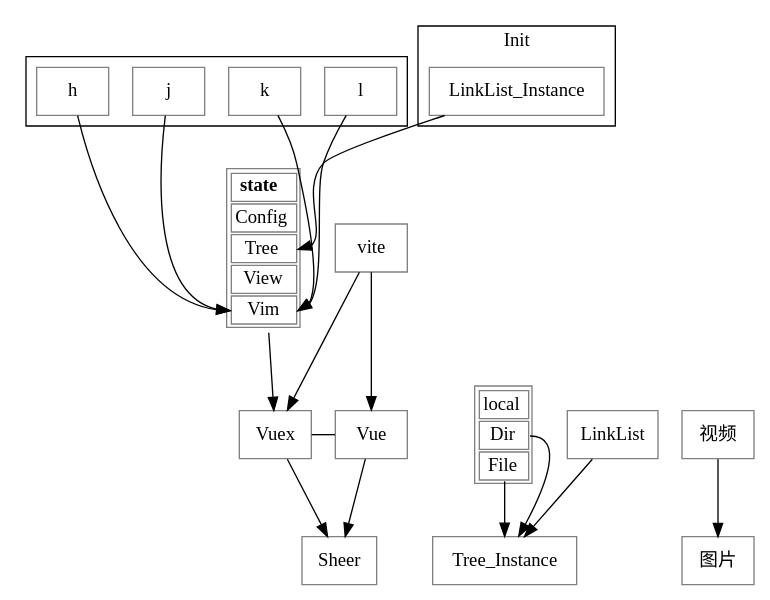
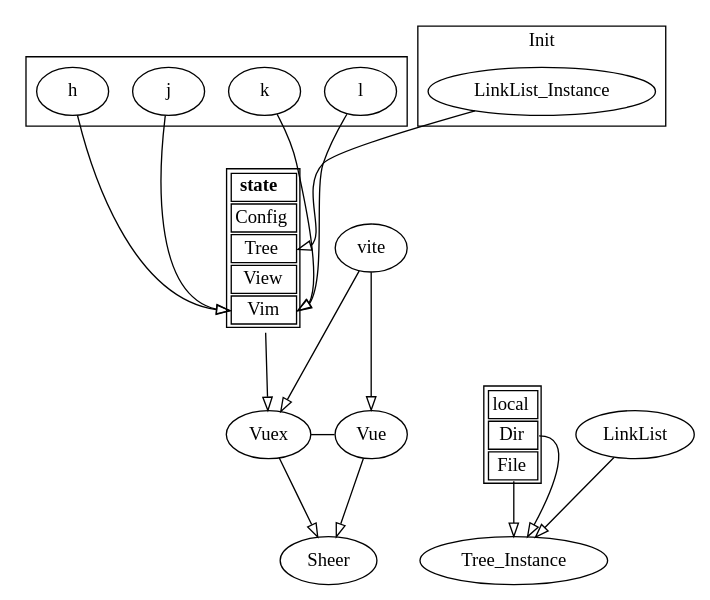
Before and after one commit to WingDust/Sheer: the diagram in construct.dot, drawn with Graphviz. The commit also changed 6 other files, not shown here.

```diff
--- a/construct.dot
+++ b/construct.dot
@@ -1,88 +1,85 @@
 digraph construct {
 
-    node [color=gray,shape=box,fontname="Source Code Variable ExtraLight Italic"];
-    node [fontname="98WB-1"];
+    //node [color=gray,shape=box,fontname="Source Code Variable ExtraLight Italic"];
+    //node [fontname="98WB-1"];
+    node [fontname="优设好身体"];
+    edge [arrowhead = "empty" fontname="Consolas"]
     {rank=max;Sheer}
 
     local [
         shape = plaintext
         label =<
         <table border='1' cellborder='1'>
             <tr><td colspan="1">local</td></tr>
              <tr>
              <td port='port_one'>Dir</td>
             </tr>
              <tr>
              <td port='port_two'>File</td>
             </tr>
         </table>
         >
     ];
     state [
         shape = plaintext
         label =<
         <table border='1' cellborder='1'>
             <tr><td  colspan="1"><b>state</b></td></tr>
              <tr>
              <td port='port_one'>Config</td>
             </tr>
              <tr>
              <td port='port_two'>Tree</td>
             </tr>
              <tr>
              <td port='port_three'>View</td>
             </tr>
              <tr>
              <td port='port_four'>Vim</td>
             </tr>
         </table>
         >
     ];
     subgraph cluster_vim{
         l;
         k;
         j;
         h;
     }
     h -> state:port_four
     j -> state:port_four
     k -> state:port_four
     l -> state:port_four
     subgraph cluster_init{
         label = "Init";
         LinkList_Instance ;
     }
 
     subgraph dependencies{
         // label="asd";
         // labelloc= "t";
         Vue;
         Vuex;
     }
     { rank=same; Vue Vuex };
     Vuex -> Vue[arrowhead=none];
     Vuex -> {Sheer};
     state -> Vuex;
     Vue -> Sheer ;
     vite -> Vue;
     vite -> Vuex;
 
     // subgraph cluster_p{
     subgraph cluster_datastructure{
         // label="ad";
         LinkList
         pos = "1,2!"
     }
     { rank=same; LinkList };
     LinkList -> Tree_Instance;
     {LinkList_Instance} -> state:port_two;
 
     local:port_one -> Tree_Instance;
     local:port_two -> Tree_Instance;
 
-    {rank = some; 视频 图片}
-    视频-> 图片
-
-
-
 }
```
